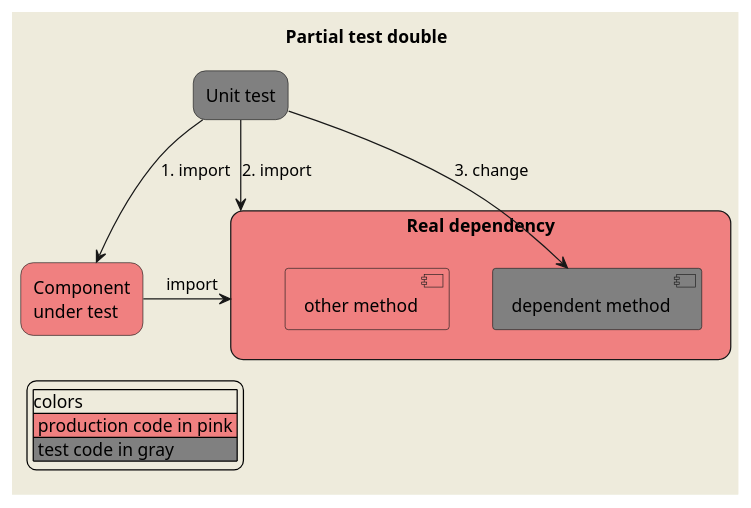
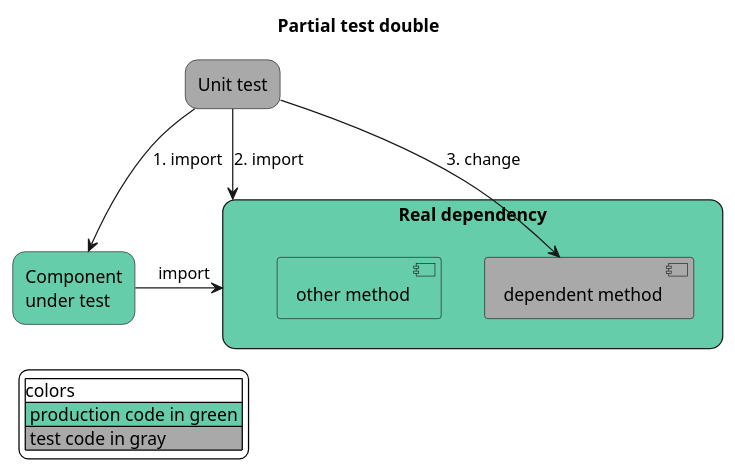
The diagram in readme-resources/test-double-partial.puml (JulienRobberechts/nodejs-test-double-guide), drawn with PlantUML before and after one commit. The commit also changed 7 other files, not shown here.

Commit message:
:pencil: diagrams colors

```diff
--- a/readme-resources/test-double-partial.puml
+++ b/readme-resources/test-double-partial.puml
@@ -2,32 +2,32 @@
 @startuml
-skinparam backgroundColor #EEEBDC
+skinparam backgroundColor White
 
 title
   Partial test double
 end title
 
 skinparam rectangle {
     roundCorner 20
 }
 
-rectangle "Unit test" as UnitTest #gray
+rectangle "Unit test" as UnitTest #DarkGrey
 
-rectangle "Component\nunder test" as cut #LightCoral
+rectangle "Component\nunder test" as cut #MediumAquaMarine
 
-rectangle "Real dependency" as RealDependency #LightCoral {
-  component "dependent method" as RealDependencyMut #gray
-  component "other method" as RealDependencyOtherMethod #LightCoral
+rectangle "Real dependency" as RealDependency #MediumAquaMarine {
+  component "dependent method" as RealDependencyMut #DarkGrey
+  component "other method" as RealDependencyOtherMethod #MediumAquaMarine
 }
 
 cut -> RealDependency: import
 UnitTest --> cut: 1. import
 UnitTest -> RealDependency: 2. import
 UnitTest -> RealDependencyMut: 3. change
 
 legend left
 |colors|
-|<#LightCoral> production code in pink |
-|<#gray> test code in gray |
+|<#MediumAquaMarine> production code in green |
+|<#DarkGrey> test code in gray |
 endlegend
 
 @enduml
```
